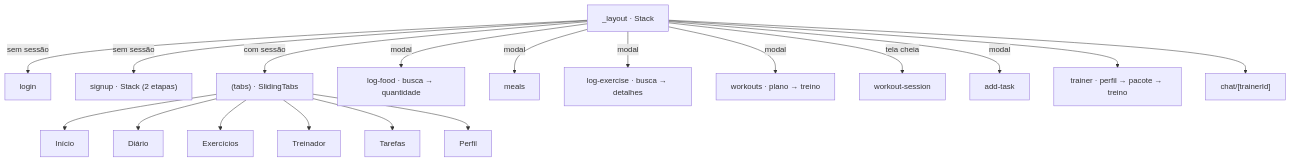
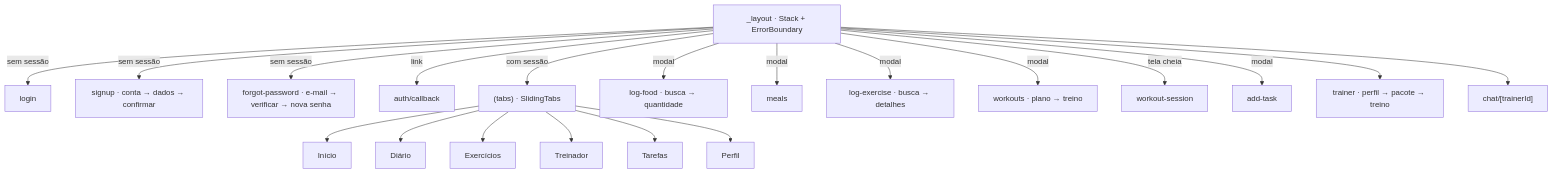
The third of 4 diagrams in audit/architecture.md (willians-e-silva/treina), drawn with Mermaid before and after one commit. The commit also changed other lines of this file and 22 other files, not shown here.

````diff
--- a/audit/architecture.md
+++ b/audit/architecture.md
@@ -89,15 +97,17 @@
 ```mermaid
 flowchart TD
-  root["_layout · Stack"] -->|sem sessão| login["login"]
-  root -->|sem sessão| signup["signup · Stack (2 etapas)"]
+  root["_layout · Stack + ErrorBoundary"] -->|sem sessão| login["login"]
+  root -->|sem sessão| signup["signup · conta → dados → confirmar"]
+  root -->|sem sessão| fp["forgot-password · e-mail → verificar → nova senha"]
+  root -->|link| cb["auth/callback"]
   root -->|com sessão| tabs["(tabs) · SlidingTabs"]
   tabs --> t1["Início"] & t2["Diário"] & t3["Exercícios"] & t4["Treinador"] & t5["Tarefas"] & t6["Perfil"]
   root -->|modal| lf["log-food · busca → quantidade"]
   root -->|modal| meals["meals"]
   root -->|modal| le["log-exercise · busca → detalhes"]
   root -->|modal| wk["workouts · plano → treino"]
   root -->|tela cheia| ws["workout-session"]
   root -->|modal| at["add-task"]
   root --> tr["trainer · perfil → pacote → treino"]
   root --> chat["chat/[trainerId]"]
 ```
````
